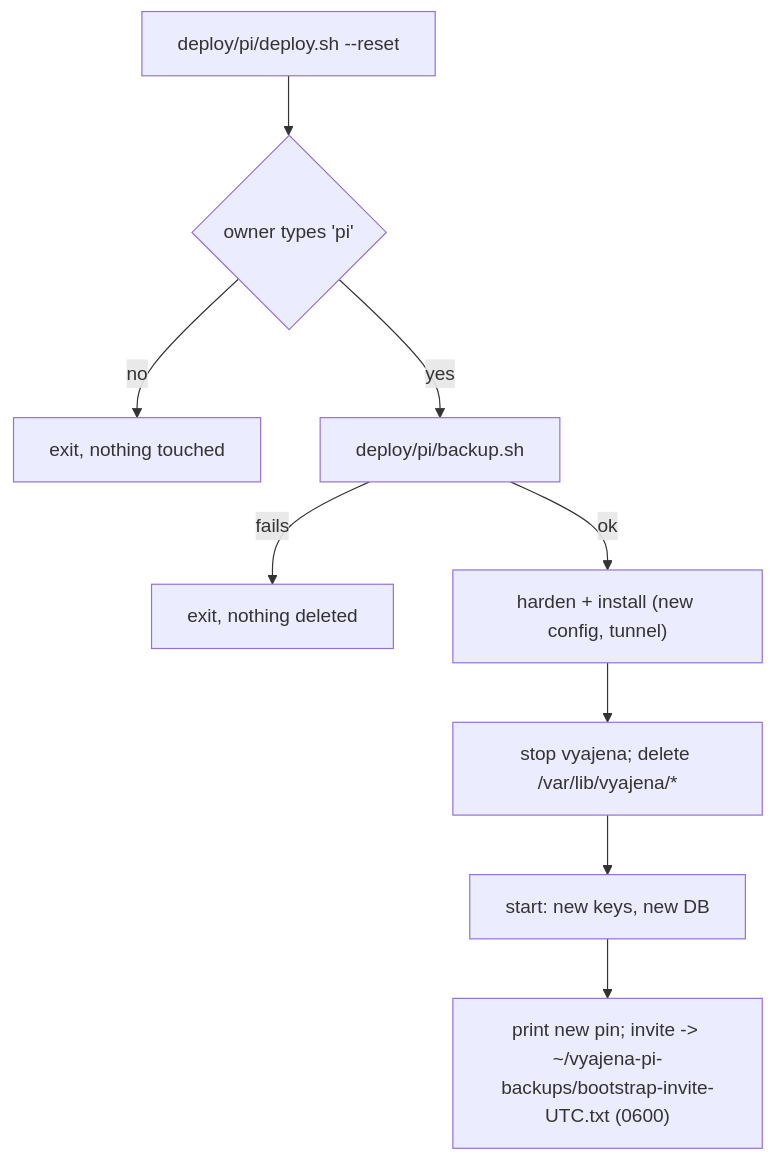
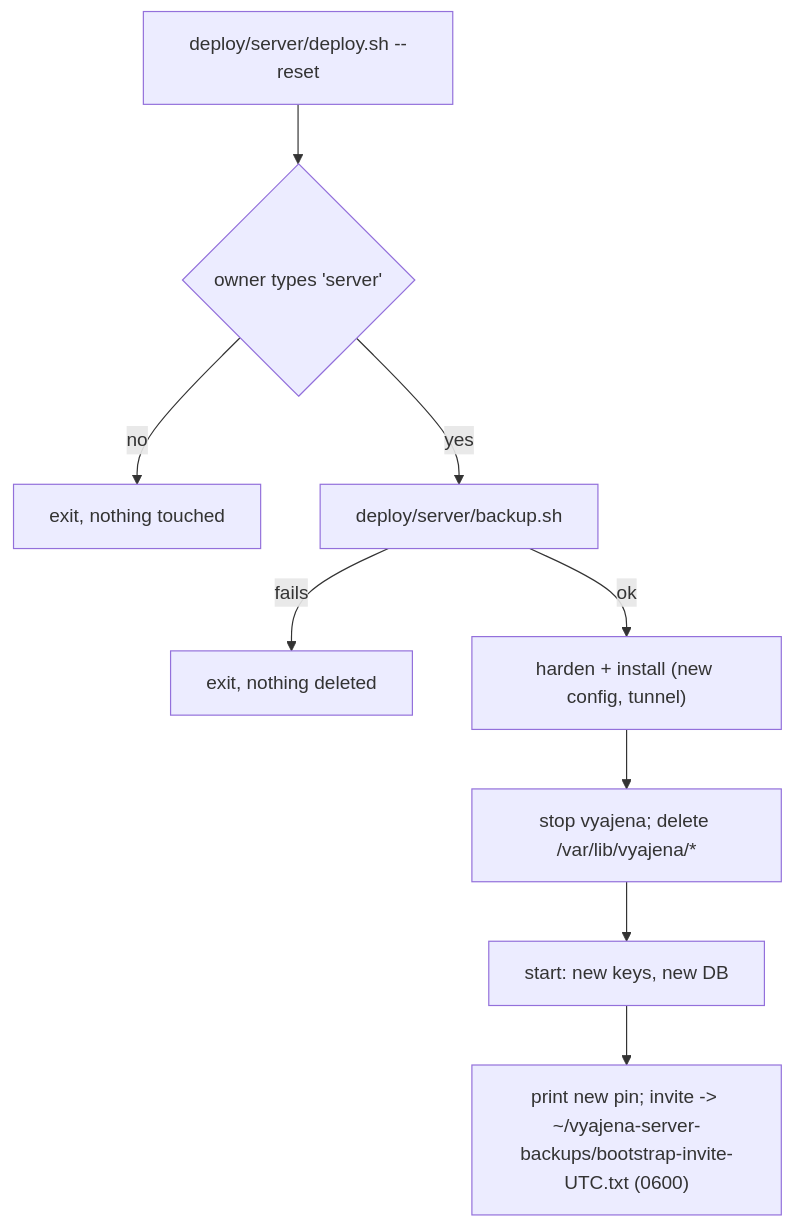
The third of 3 diagrams in openspec/changes/archive/2026-11-16-relay/design.md (koppathachan/vyajena), drawn with Mermaid before and after one commit. The commit also changed other lines of this file and 437 other files, not shown here.

````diff
--- a/openspec/changes/archive/2026-11-16-relay/design.md
+++ b/openspec/changes/archive/2026-11-16-relay/design.md
@@ -218,11 +218,11 @@
 ```mermaid
 flowchart TB
-  start["deploy/pi/deploy.sh --reset"] --> confirm{"owner types 'pi'"}
+  start["deploy/server/deploy.sh --reset"] --> confirm{"owner types 'server'"}
   confirm -->|no| stop1["exit, nothing touched"]
-  confirm -->|yes| backup["deploy/pi/backup.sh"]
+  confirm -->|yes| backup["deploy/server/backup.sh"]
   backup -->|fails| stop2["exit, nothing deleted"]
   backup -->|ok| deploy["harden + install (new config, tunnel)"]
   deploy --> wipe["stop vyajena; delete /var/lib/vyajena/*"]
   wipe --> fresh["start: new keys, new DB"]
-  fresh --> out["print new pin; invite -> ~/vyajena-pi-backups/bootstrap-invite-UTC.txt (0600)"]
+  fresh --> out["print new pin; invite -> ~/vyajena-server-backups/bootstrap-invite-UTC.txt (0600)"]
 ```
````
